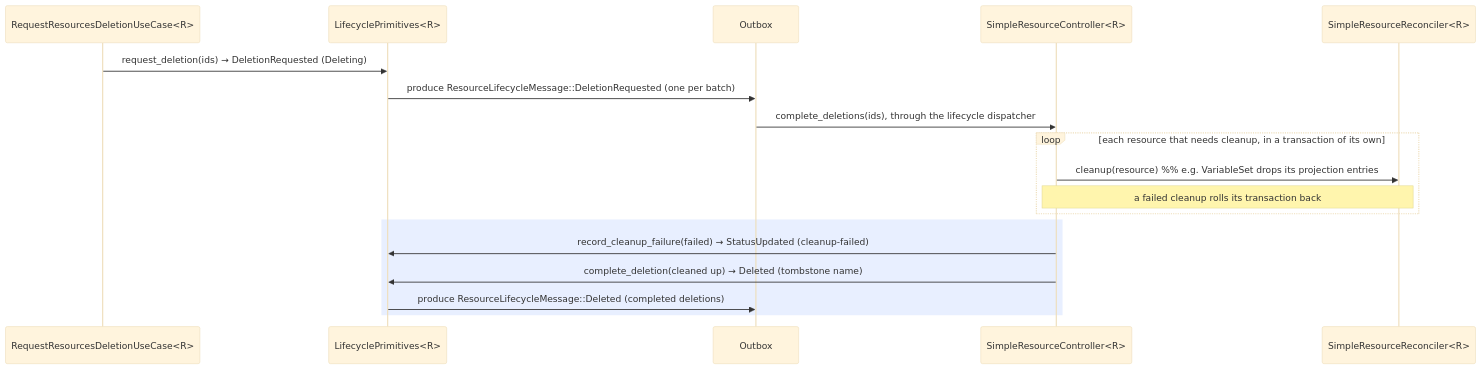
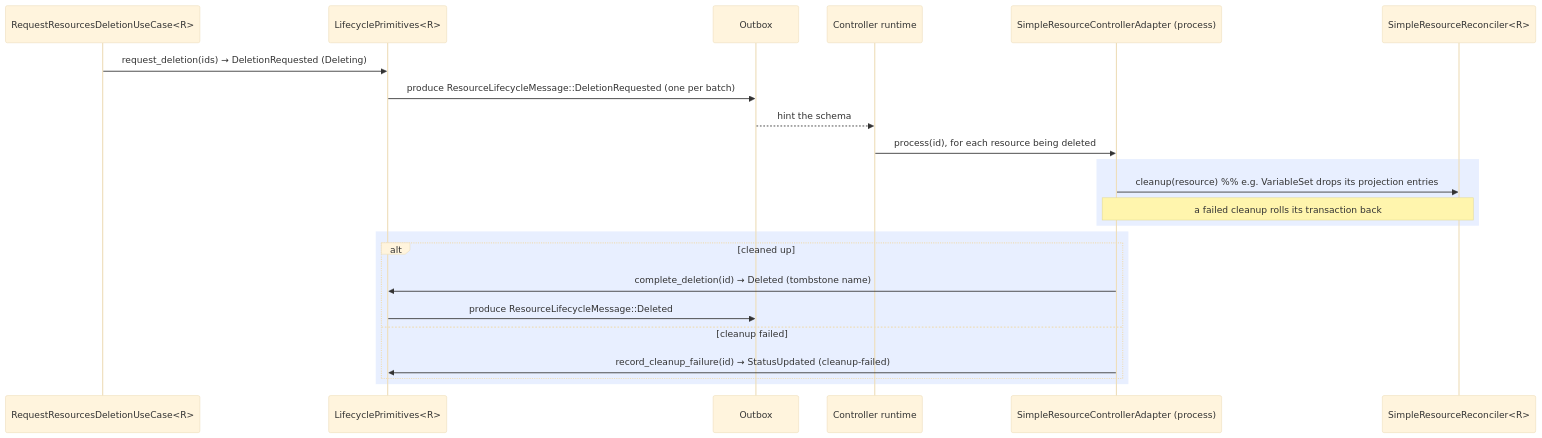
The fourth of 6 diagrams in docs/internal/resources-framework.md (kamu-data/kamu-cli), drawn with Mermaid (base theme) before and after one commit. The commit also changed other lines of this file and 3 other files, not shown here.

Commit message:
Recovery tests on real resource types; docs and changelog for the controller runtime path

````diff
--- a/docs/internal/resources-framework.md
+++ b/docs/internal/resources-framework.md
@@ -1621,21 +1624,26 @@
 ```mermaid
 sequenceDiagram
     participant RQ as RequestResourcesDeletionUseCase<R>
     participant P as LifecyclePrimitives<R>
     participant OB as Outbox
-    participant A as SimpleResourceController<R>
+    participant RT as Controller runtime
+    participant A as SimpleResourceControllerAdapter (process)
     participant Ctl as SimpleResourceReconciler<R>
 
     RQ->>P: request_deletion(ids) → DeletionRequested (Deleting)
     P->>OB: produce ResourceLifecycleMessage::DeletionRequested (one per batch)
-    OB->>A: complete_deletions(ids), through the lifecycle dispatcher
-    loop each resource that needs cleanup, in a transaction of its own
+    OB-->>RT: hint the schema
+    RT->>A: process(id), for each resource being deleted
+    rect rgba(100, 150, 255, 0.15)
         A->>Ctl: cleanup(resource)  %% e.g. VariableSet drops its projection entries
         Note over A,Ctl: a failed cleanup rolls its transaction back
     end
     rect rgba(100, 150, 255, 0.15)
-        A->>P: record_cleanup_failure(failed) → StatusUpdated (cleanup-failed)
-        A->>P: complete_deletion(cleaned up) → Deleted (tombstone name)
-        P->>OB: produce ResourceLifecycleMessage::Deleted (completed deletions)
+        alt cleaned up
+            A->>P: complete_deletion(id) → Deleted (tombstone name)
+            P->>OB: produce ResourceLifecycleMessage::Deleted
+        else cleanup failed
+            A->>P: record_cleanup_failure(id) → StatusUpdated (cleanup-failed)
+        end
     end
 ```
````
